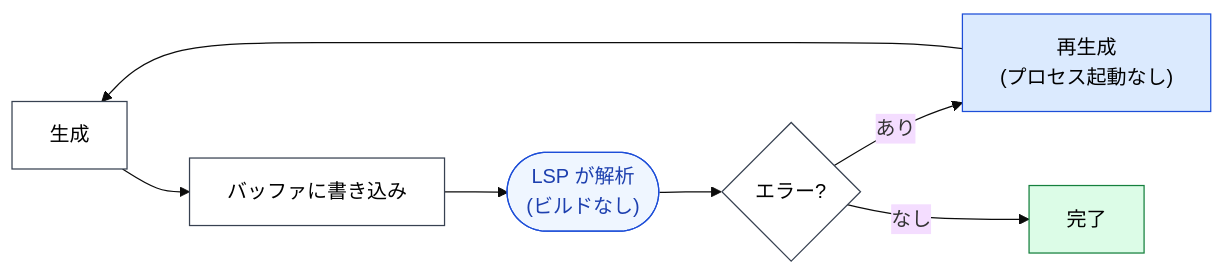
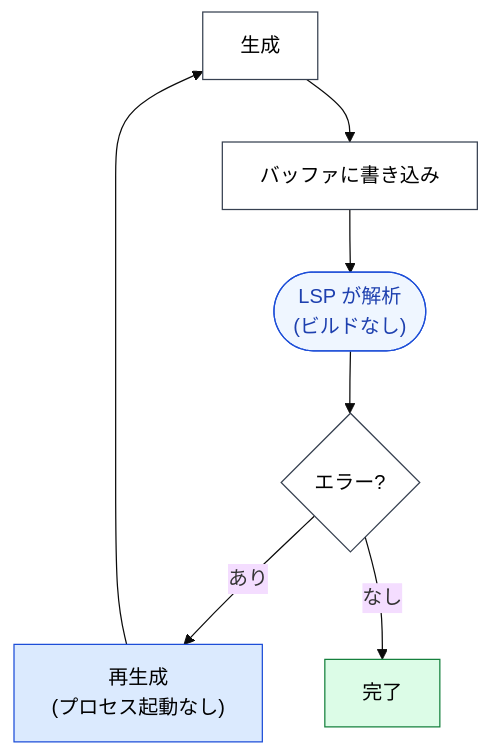
One commit to shuji-bonji/understanding-llm-through-claude-code changed the second of 2 diagrams in docs/ja/09-code-intelligence/live-type-errors.md. Above: the diagram before and after it, drawn with Mermaid (base theme). The commit also changed other lines of this file and 42 other files, not shown here.

````diff
--- a/docs/ja/09-code-intelligence/live-type-errors.md
+++ b/docs/ja/09-code-intelligence/live-type-errors.md
@@ -39,13 +39,13 @@
 ```mermaid
-flowchart LR
+flowchart
     A["生成"] --> B["バッファに書き込み"] --> C(["LSP が解析<br/>(ビルドなし)"]) --> D{"エラー?"}
     D -->|あり| F["再生成<br/>(プロセス起動なし)"] --> A
     D -->|なし| G["完了"]
 
     style A fill:#fff,stroke:#374151,color:#000
     style B fill:#fff,stroke:#374151,color:#000
     style C fill:#eff6ff,stroke:#1d4ed8,color:#1e40af
     style D fill:#fff,stroke:#374151,color:#000
     style F fill:#dbeafe,stroke:#1d4ed8,color:#000
     style G fill:#dcfce7,stroke:#15803d,color:#000
 ```
````
